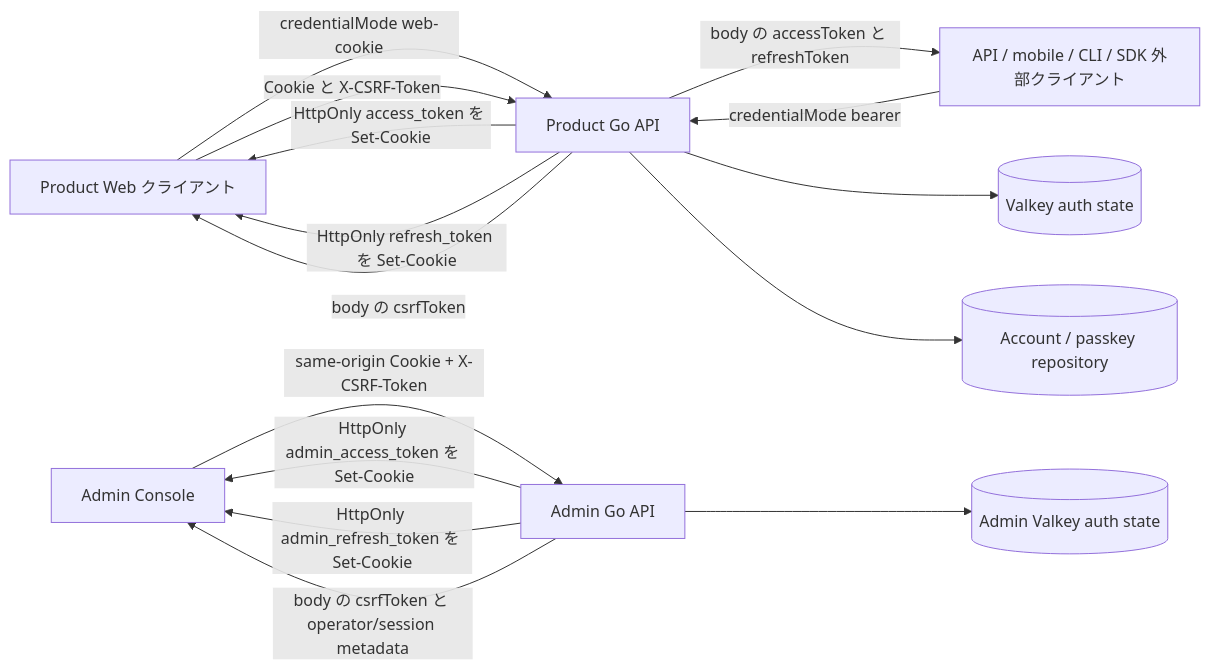
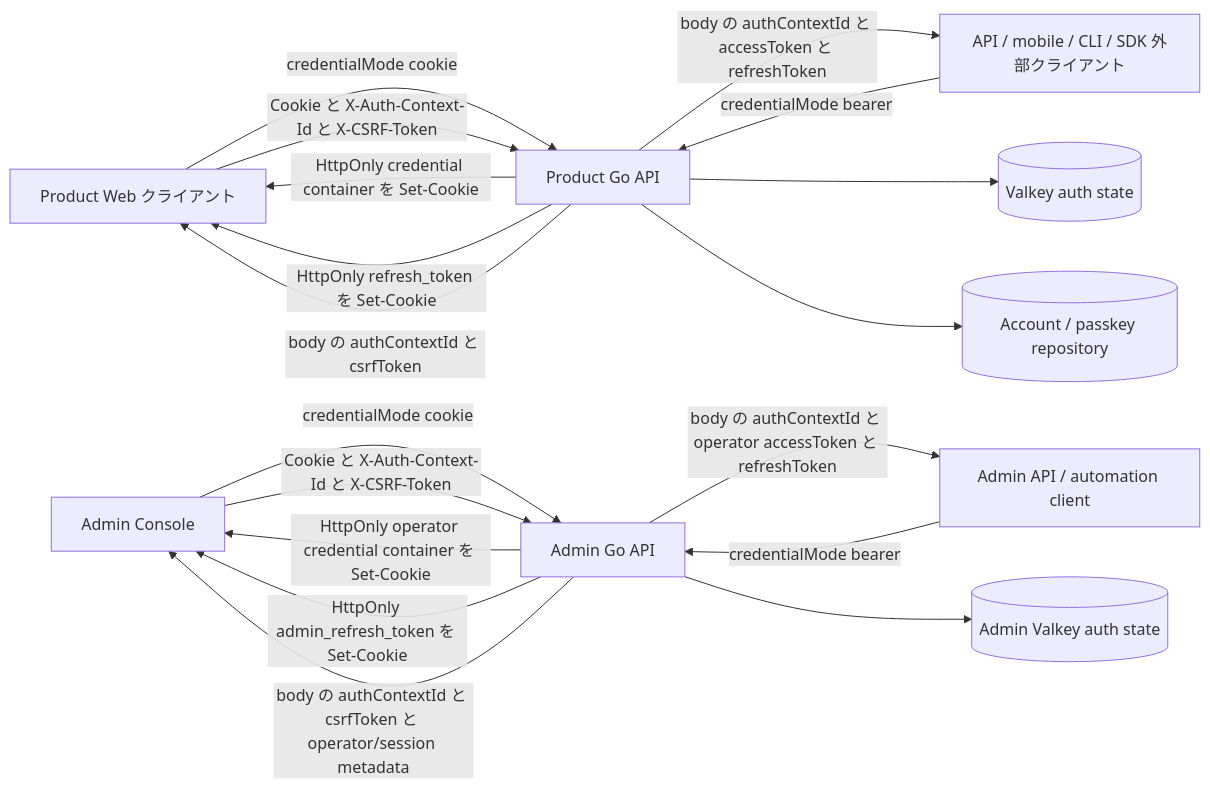
Before and after one commit to witwire-net/www-template: the first of 5 diagrams in openspec/changes/product-cookie-bearer-auth/design.md, drawn with Mermaid. The commit also changed other lines of this file and 7 other files, not shown here.

Commit message:
docs(openspec): align auth context selector plan

````diff
--- a/openspec/changes/product-cookie-bearer-auth/design.md
+++ b/openspec/changes/product-cookie-bearer-auth/design.md
@@ -256,17 +259,20 @@
 ```mermaid
 flowchart LR
-  Web[Product Web クライアント] -->|credentialMode web-cookie| API[Product Go API]
-  API -->|HttpOnly access_token を Set-Cookie| Web
+  Web[Product Web クライアント] -->|credentialMode cookie| API[Product Go API]
+  API -->|HttpOnly credential container を Set-Cookie| Web
   API -->|HttpOnly refresh_token を Set-Cookie| Web
-  API -->|body の csrfToken| Web
-  Web -->|Cookie と X-CSRF-Token| API
+  API -->|body の authContextId と csrfToken| Web
+  Web -->|Cookie と X-Auth-Context-Id と X-CSRF-Token| API
   External[API / mobile / CLI / SDK 外部クライアント] -->|credentialMode bearer| API
-  API -->|body の accessToken と refreshToken| External
-  AdminWeb[Admin Console] -->|same-origin Cookie + X-CSRF-Token| AdminAPI[Admin Go API]
-  AdminAPI -->|HttpOnly admin_access_token を Set-Cookie| AdminWeb
+  API -->|body の authContextId と accessToken と refreshToken| External
+  AdminWeb[Admin Console] -->|credentialMode cookie| AdminAPI[Admin Go API]
+  AdminAPI -->|HttpOnly operator credential container を Set-Cookie| AdminWeb
   AdminAPI -->|HttpOnly admin_refresh_token を Set-Cookie| AdminWeb
-  AdminAPI -->|body の csrfToken と operator/session metadata| AdminWeb
+  AdminAPI -->|body の authContextId と csrfToken と operator/session metadata| AdminWeb
+  AdminWeb -->|Cookie と X-Auth-Context-Id と X-CSRF-Token| AdminAPI
+  AdminExternal[Admin API / automation client] -->|credentialMode bearer| AdminAPI
+  AdminAPI -->|body の authContextId と operator accessToken と refreshToken| AdminExternal
   API --> Valkey[(Valkey auth state)]
   AdminAPI --> AdminValkey[(Admin Valkey auth state)]
   API --> AccountDB[(Account / passkey repository)]
 ```
````
